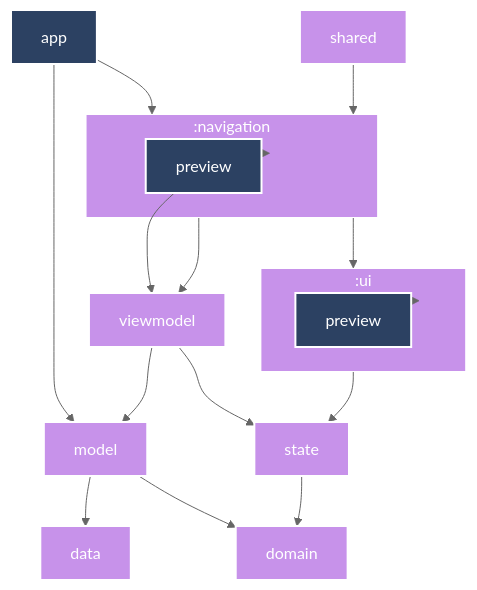
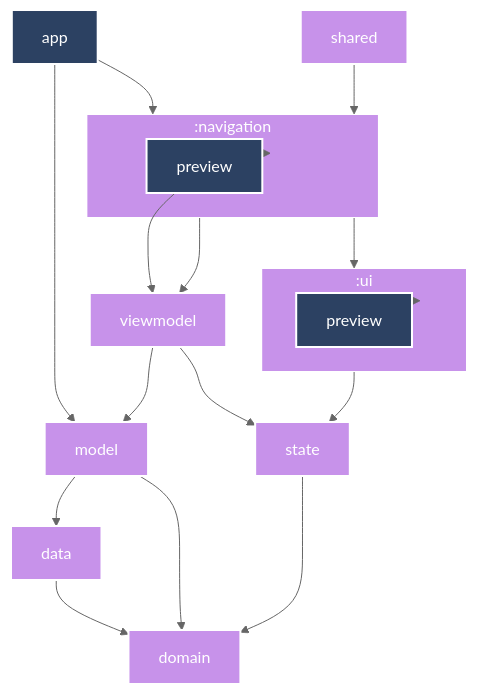
One commit to lulkr/string-notebook changed the diagram in README.md. Above: the diagram before and after it, drawn with Mermaid.

Commit message:
📝 모듈 의존성 그래프 갱신.

````diff
--- a/README.md
+++ b/README.md
@@ -78,55 +78,54 @@
 ```mermaid
 %%{
   init: {
     'theme': 'neutral'
   }
 }%%
 
 graph TB
   :app["app"]
   :data["data"]
   :domain["domain"]
   :model["model"]
   :navigation["navigation"]
+  subgraph :navigation
+    :navigation:preview["preview"]
+  end
   :shared["shared"]
   :state["state"]
   :ui["ui"]
-  :viewmodel["viewmodel"]
-        
-  subgraph :navigation
-    :navigation:preview["preview"]
-  end
   subgraph :ui
     :ui:preview["preview"]
   end
+  :viewmodel["viewmodel"]
 
   :app --> :model
   :app --> :navigation
+  :data --> :domain
   :model --> :data
   :model --> :domain
   :navigation --> :ui
   :navigation --> :viewmodel
   :navigation:preview --> :navigation
   :navigation:preview --> :viewmodel
   :shared --> :navigation
   :state --> :domain
+  :ui --> :state
+  :ui:preview --> :ui
   :viewmodel --> :model
   :viewmodel --> :state
-  :ui --> :state
-  :ui:preview --> :ui
 
 classDef android-application fill:#2C4162,stroke:#fff,stroke-width:2px,color:#fff;
 classDef kotlin-multiplatform fill:#C792EA,stroke:#fff,stroke-width:2px,color:#fff;
-        
 class :app android-application
 class :data kotlin-multiplatform
 class :domain kotlin-multiplatform
 class :model kotlin-multiplatform
 class :navigation kotlin-multiplatform
 class :navigation:preview android-application
 class :shared kotlin-multiplatform
 class :state kotlin-multiplatform
 class :ui kotlin-multiplatform
 class :ui:preview android-application
 class :viewmodel kotlin-multiplatform
 ```
````
